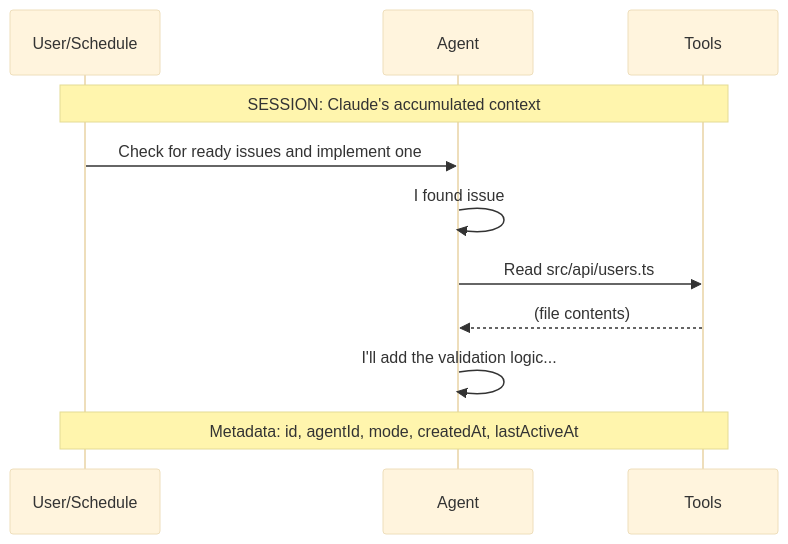
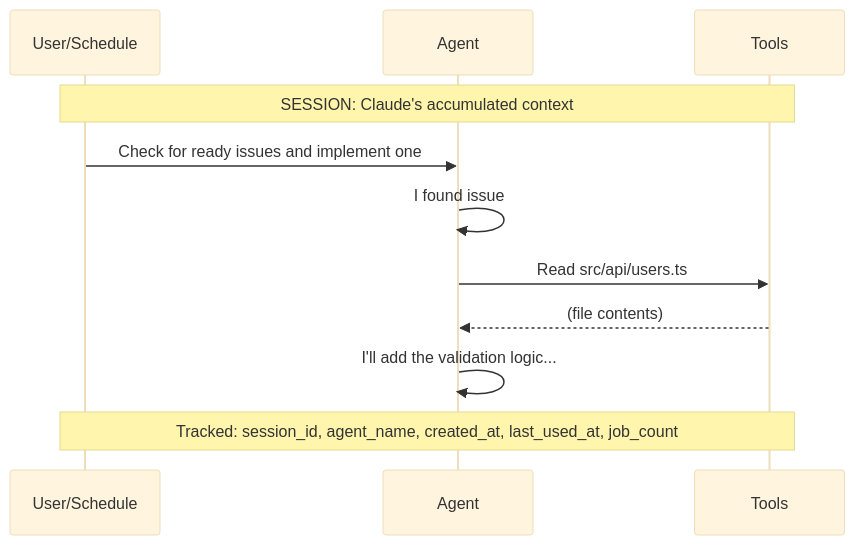
The diagram in docs/src/content/docs/concepts/sessions.md (edspencer/herdctl), drawn with Mermaid (base theme) before and after one commit. The commit also changed other lines of this file and 30 other files, not shown here.

````diff
--- a/docs/src/content/docs/concepts/sessions.md
+++ b/docs/src/content/docs/concepts/sessions.md
@@ -17,16 +17,16 @@
 ```mermaid
 sequenceDiagram
   participant U as User/Schedule
   participant A as Agent
   participant T as Tools
 
   Note over U,T: SESSION: Claude's accumulated context
 
   U->>A: Check for ready issues and implement one
   A->>A: I found issue #42. Reading the spec...
   A->>T: Read src/api/users.ts
   T-->>A: (file contents)
   A->>A: I'll add the validation logic...
 
-  Note over U,T: Metadata: id, agentId, mode, createdAt, lastActiveAt
+  Note over U,T: Tracked: session_id, agent_name, created_at, last_used_at, job_count
 ```
````
